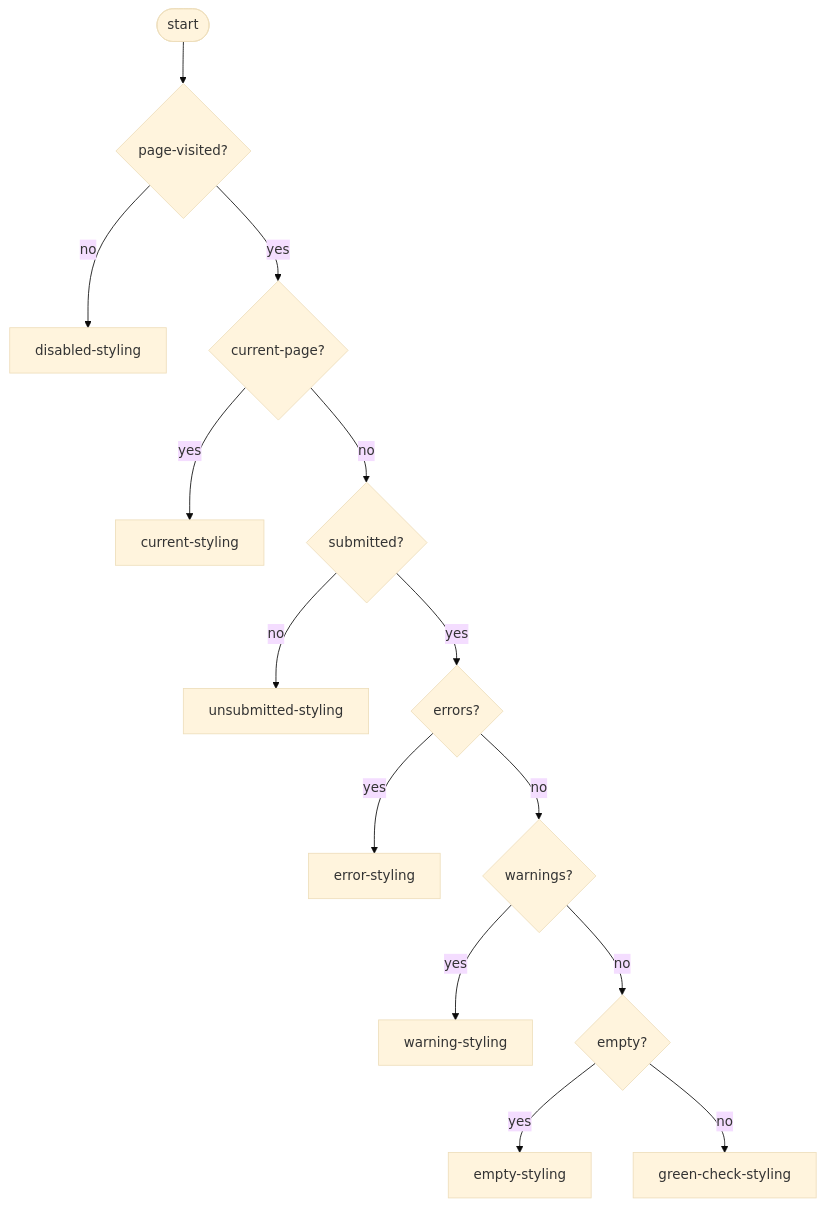
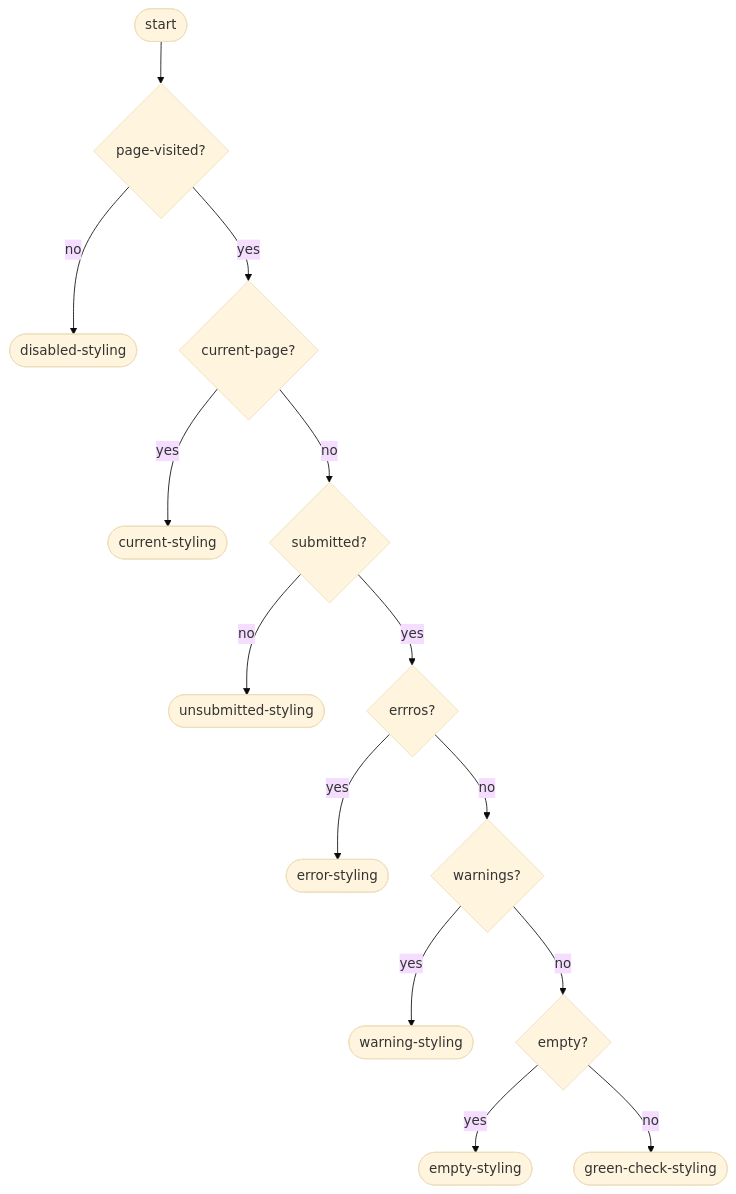
The first of 4 diagrams in documentatie/flowcharts/date-entry-page.md (kiesraad/abacus), drawn with Mermaid (base theme) before and after one commit. The commit also changed other lines of this file, not shown here.

````diff
--- a/documentatie/flowcharts/date-entry-page.md
+++ b/documentatie/flowcharts/date-entry-page.md
@@ -29,19 +33,37 @@
 ```mermaid
 flowchart TD
+    %% elements
     flow-start([start])
 
-    flow-start --> page-visited{page-visited?}
+    disabled-styling([disabled-styling])
+    current-styling([current-styling])
+    unsubmitted-styling([unsubmitted-styling])
+    error-styling([error-styling])
+    warning-styling([warning-styling])
+    empty-styling([empty-styling])
+    green-check-styling([green-check-styling])
+
+    page-visited{page-visited?}
+    current-page{current-page?}
+    submitted{submitted?}
+
+    errors{errros?}
+    warnings{warnings?}
+    empty{empty?}
+
+    %% flow
+    flow-start --> page-visited
     page-visited -- no --> disabled-styling
-    page-visited -- yes --> current-page{current-page?}
-    current-page{current-page?} -- yes --> current-styling
-    current-page -- no --> submitted{submitted?}
+    page-visited -- yes --> current-page
+    current-page -- yes --> current-styling
+    current-page -- no --> submitted
     submitted -- no --> unsubmitted-styling
-    submitted -- yes --> errors{errors?}
+    submitted -- yes --> errors
     errors -- yes --> error-styling
-    errors -- no --> warnings{warnings?}
+    errors -- no --> warnings
     warnings -- yes --> warning-styling
-    warnings -- no --> empty{empty? }
+    warnings -- no --> empty
     empty -- yes --> empty-styling
     empty -- no --> green-check-styling
 
 ```
````
